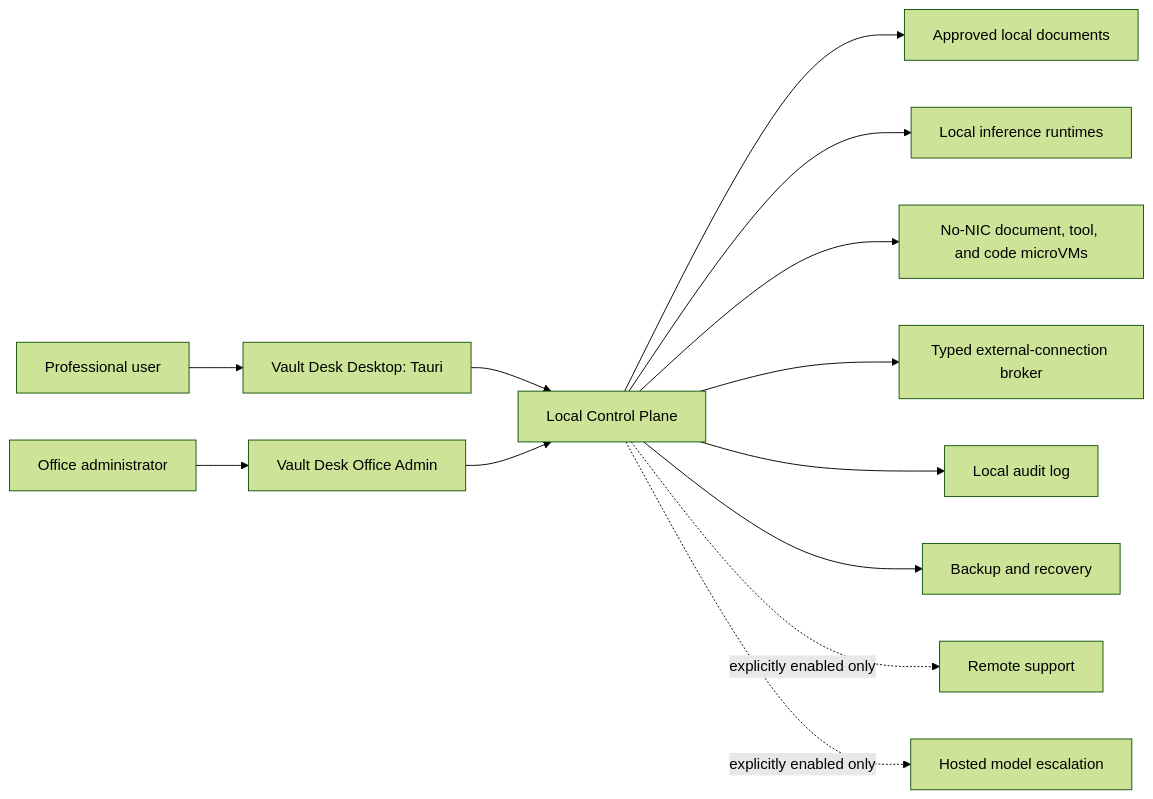
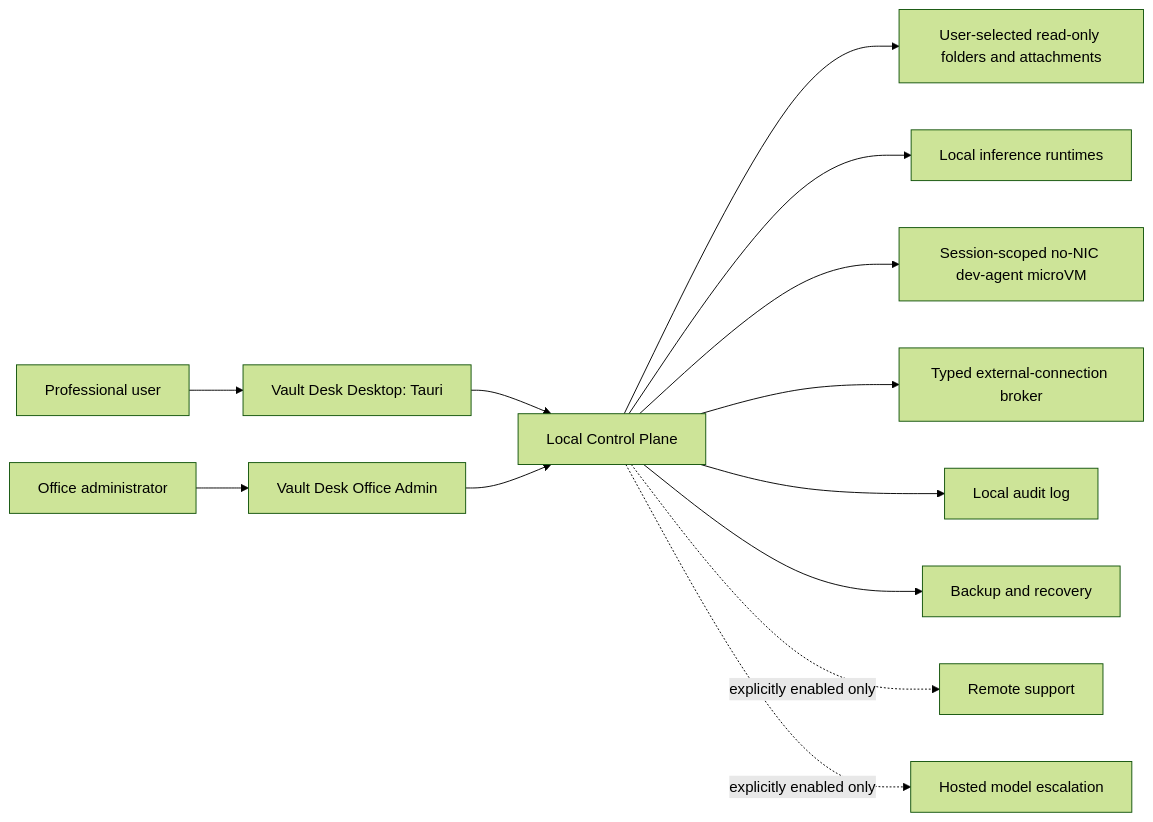
The diagram in docs/diagrams/system-context.md (alex-alecu/vault-desk), drawn with Mermaid (forest theme) before and after one commit. The commit also changed other lines of this file and 239 other files, not shown here.

````diff
--- a/docs/diagrams/system-context.md
+++ b/docs/diagrams/system-context.md
@@ -5,18 +5,18 @@
 ```mermaid
 flowchart LR
     User["Professional user"] --> Desktop["Vault Desk Desktop: Tauri"]
     Admin["Office administrator"] --> OfficeAdmin["Vault Desk Office Admin"]
 
     Desktop --> Control["Local Control Plane"]
     OfficeAdmin --> Control
 
-    Control --> Documents["Approved local documents"]
+    Control --> Documents["User-selected read-only folders and attachments"]
     Control --> Inference["Local inference runtimes"]
-    Control --> Sandbox["No-NIC document, tool, and code microVMs"]
+    Control --> Sandbox["Session-scoped no-NIC dev-agent microVM"]
     Control --> NetworkBroker["Typed external-connection broker"]
     Control --> Audit["Local audit log"]
     Control --> Backup["Backup and recovery"]
 
     Control -. "explicitly enabled only" .-> RemoteSupport["Remote support"]
     Control -. "explicitly enabled only" .-> HostedEscalation["Hosted model escalation"]
 ```
````
